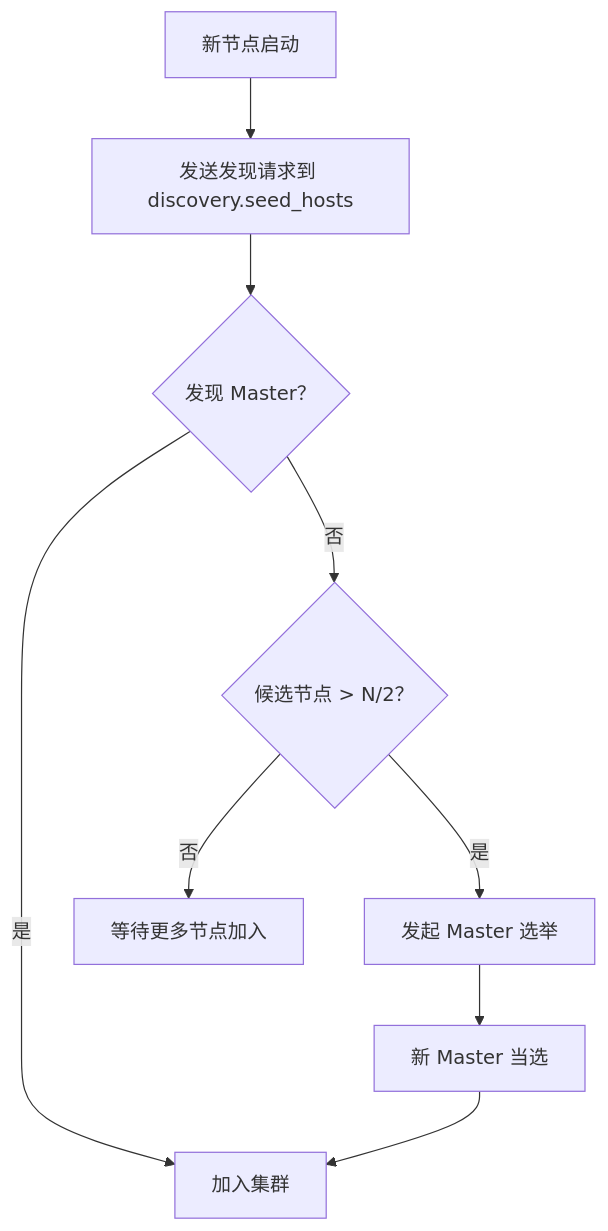
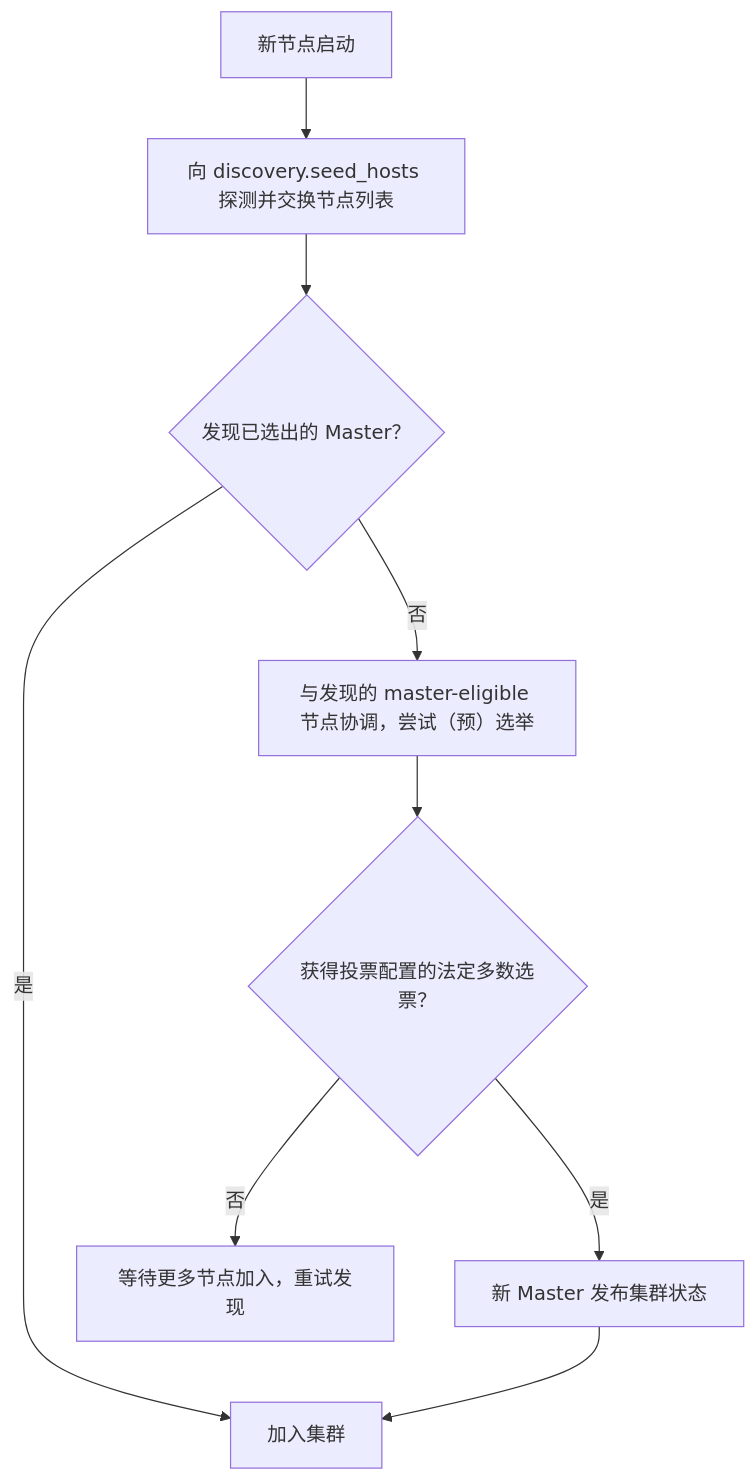
Before and after one commit to b1tzer/the-stack: the second of 2 diagrams in docs/elasticsearch/05-distributed-internals/chapter-01-architecture.md, drawn with Mermaid. The commit also changed other lines of this file and 6 other files, not shown here.

````diff
--- a/docs/elasticsearch/05-distributed-internals/chapter-01-architecture.md
+++ b/docs/elasticsearch/05-distributed-internals/chapter-01-architecture.md
@@ -115,11 +135,11 @@
 ```mermaid
 flowchart TD
-    Node["新节点启动"] --> Seed["发送发现请求到 discovery.seed_hosts"]
-    Seed --> Master{"发现 Master？"}
+    Node["新节点启动"] --> Seed["向 discovery.seed_hosts 探测并交换节点列表"]
+    Seed --> Master{"发现已选出的 Master？"}
     Master -->|是| Join["加入集群"]
-    Master -->|否| Elect{"候选节点 > N/2？"}
-    Elect -->|是| Vote["发起 Master 选举"]
-    Elect -->|否| Wait["等待更多节点加入"]
-    Vote --> Elected["新 Master 当选"]
+    Master -->|否| Coord["与发现的 master-eligible 节点协调，尝试（预）选举"]
+    Coord --> Vote{"获得投票配置的法定多数选票？"}
+    Vote -->|是| Elected["新 Master 发布集群状态"]
+    Vote -->|否| Wait["等待更多节点加入，重试发现"]
     Elected --> Join
 ```
````
